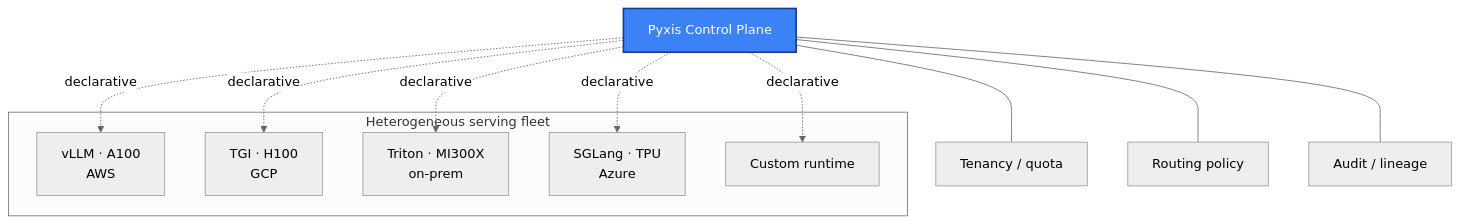
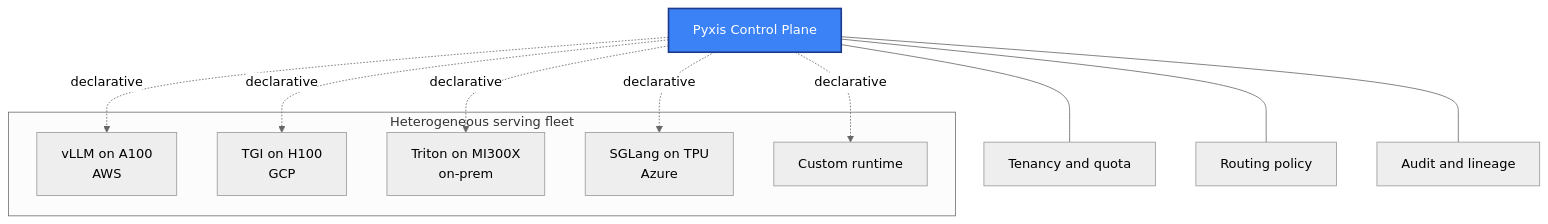
Before and after one commit to pyxis3-ai/pyxis-arch: the diagram in README.md, drawn with Mermaid (neutral theme). The commit also changed other lines of this file, not shown here.

````diff
--- a/README.md
+++ b/README.md
@@ -37,23 +37,23 @@
 ```mermaid
 flowchart TD
     A[Pyxis Control Plane]:::ctrl
     A -.declarative.-> B
     A -.declarative.-> C
     A -.declarative.-> D
     A -.declarative.-> E
     A -.declarative.-> F
 
     subgraph fleet [Heterogeneous serving fleet]
-        B[vLLM · A100<br/>AWS]
-        C[TGI · H100<br/>GCP]
-        D[Triton · MI300X<br/>on-prem]
-        E[SGLang · TPU<br/>Azure]
+        B[vLLM on A100<br/>AWS]
+        C[TGI on H100<br/>GCP]
+        D[Triton on MI300X<br/>on-prem]
+        E[SGLang on TPU<br/>Azure]
         F[Custom runtime]
     end
 
-    A --- T[Tenancy / quota]
+    A --- T[Tenancy and quota]
     A --- R[Routing policy]
-    A --- AU[Audit / lineage]
+    A --- AU[Audit and lineage]
 
     classDef ctrl fill:#3b82f6,stroke:#1e3a8a,color:#fff,stroke-width:2px
 ```
````
